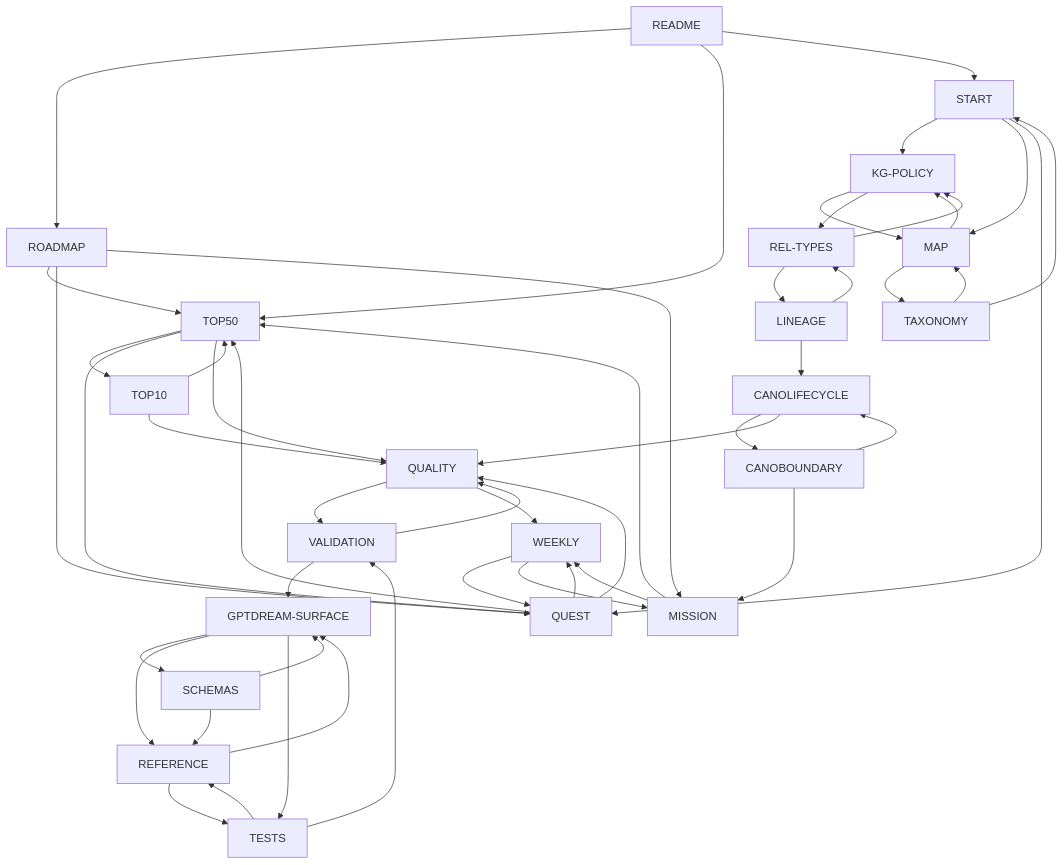
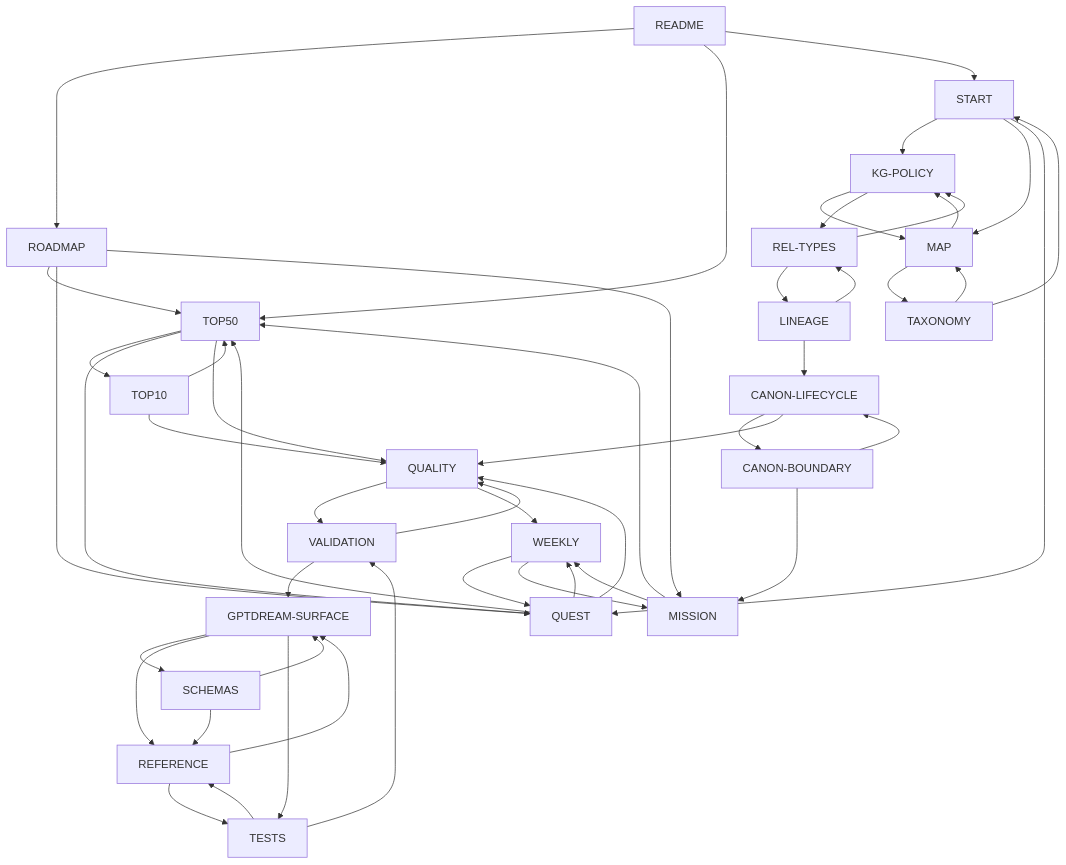
One commit to atlaslattice/manus-artifacts changed the diagram in docs/generated/KG_MERMAID_GRAPH.md. Above: the diagram before and after it, drawn with Mermaid. The commit also changed 5 other files, not shown here.

Commit message:
fix: refine provenance markers and mermaid node rendering

````diff
--- a/docs/generated/KG_MERMAID_GRAPH.md
+++ b/docs/generated/KG_MERMAID_GRAPH.md
@@ -1,72 +1,72 @@
 ```mermaid
 graph TD
-    N-README[README]
-    N-ROADMAP[ROADMAP]
-    N-START[START]
-    N-TOP50[TOP50]
-    N-TOP10[TOP10]
-    N-QUEST[QUEST]
-    N-KG-POLICY[KG-POLICY]
-    N-REL-TYPES[REL-TYPES]
-    N-MAP[MAP]
-    N-TAXONOMY[TAXONOMY]
-    N-LINEAGE[LINEAGE]
-    N-CANON-LIFECYCLE[CANOLIFECYCLE]
-    N-CANON-BOUNDARY[CANOBOUNDARY]
-    N-QUALITY[QUALITY]
-    N-VALIDATION[VALIDATION]
-    N-WEEKLY[WEEKLY]
-    N-GPTDREAM-SURFACE[GPTDREAM-SURFACE]
-    N-SCHEMAS[SCHEMAS]
-    N-REFERENCE[REFERENCE]
-    N-TESTS[TESTS]
-    N-MISSION[MISSION]
-    N-README --> N-ROADMAP
-    N-README --> N-TOP50
-    N-README --> N-START
-    N-ROADMAP --> N-TOP50
-    N-ROADMAP --> N-QUEST
-    N-ROADMAP --> N-MISSION
-    N-START --> N-KG-POLICY
-    N-START --> N-MAP
-    N-START --> N-QUEST
-    N-TOP50 --> N-TOP10
-    N-TOP50 --> N-QUEST
-    N-TOP50 --> N-QUALITY
-    N-TOP10 --> N-TOP50
-    N-TOP10 --> N-QUALITY
-    N-QUEST --> N-TOP50
-    N-QUEST --> N-WEEKLY
-    N-QUEST --> N-QUALITY
-    N-KG-POLICY --> N-MAP
-    N-KG-POLICY --> N-REL-TYPES
-    N-REL-TYPES --> N-LINEAGE
-    N-REL-TYPES --> N-KG-POLICY
-    N-MAP --> N-TAXONOMY
-    N-MAP --> N-KG-POLICY
-    N-TAXONOMY --> N-MAP
-    N-TAXONOMY --> N-START
-    N-LINEAGE --> N-REL-TYPES
-    N-LINEAGE --> N-CANON-LIFECYCLE
-    N-CANON-LIFECYCLE --> N-CANON-BOUNDARY
-    N-CANON-LIFECYCLE --> N-QUALITY
-    N-CANON-BOUNDARY --> N-CANON-LIFECYCLE
-    N-CANON-BOUNDARY --> N-MISSION
-    N-QUALITY --> N-VALIDATION
-    N-QUALITY --> N-WEEKLY
-    N-VALIDATION --> N-QUALITY
-    N-VALIDATION --> N-GPTDREAM-SURFACE
-    N-WEEKLY --> N-QUEST
-    N-WEEKLY --> N-MISSION
-    N-GPTDREAM-SURFACE --> N-SCHEMAS
-    N-GPTDREAM-SURFACE --> N-REFERENCE
-    N-GPTDREAM-SURFACE --> N-TESTS
-    N-SCHEMAS --> N-GPTDREAM-SURFACE
-    N-SCHEMAS --> N-REFERENCE
-    N-REFERENCE --> N-GPTDREAM-SURFACE
-    N-REFERENCE --> N-TESTS
-    N-TESTS --> N-REFERENCE
-    N-TESTS --> N-VALIDATION
-    N-MISSION --> N-WEEKLY
-    N-MISSION --> N-TOP50
+    N_README[README]
+    N_ROADMAP[ROADMAP]
+    N_START[START]
+    N_TOP50[TOP50]
+    N_TOP10[TOP10]
+    N_QUEST[QUEST]
+    N_KG_POLICY[KG-POLICY]
+    N_REL_TYPES[REL-TYPES]
+    N_MAP[MAP]
+    N_TAXONOMY[TAXONOMY]
+    N_LINEAGE[LINEAGE]
+    N_CANON_LIFECYCLE[CANON-LIFECYCLE]
+    N_CANON_BOUNDARY[CANON-BOUNDARY]
+    N_QUALITY[QUALITY]
+    N_VALIDATION[VALIDATION]
+    N_WEEKLY[WEEKLY]
+    N_GPTDREAM_SURFACE[GPTDREAM-SURFACE]
+    N_SCHEMAS[SCHEMAS]
+    N_REFERENCE[REFERENCE]
+    N_TESTS[TESTS]
+    N_MISSION[MISSION]
+    N_README --> N_ROADMAP
+    N_README --> N_TOP50
+    N_README --> N_START
+    N_ROADMAP --> N_TOP50
+    N_ROADMAP --> N_QUEST
+    N_ROADMAP --> N_MISSION
+    N_START --> N_KG_POLICY
+    N_START --> N_MAP
+    N_START --> N_QUEST
+    N_TOP50 --> N_TOP10
+    N_TOP50 --> N_QUEST
+    N_TOP50 --> N_QUALITY
+    N_TOP10 --> N_TOP50
+    N_TOP10 --> N_QUALITY
+    N_QUEST --> N_TOP50
+    N_QUEST --> N_WEEKLY
+    N_QUEST --> N_QUALITY
+    N_KG_POLICY --> N_MAP
+    N_KG_POLICY --> N_REL_TYPES
+    N_REL_TYPES --> N_LINEAGE
+    N_REL_TYPES --> N_KG_POLICY
+    N_MAP --> N_TAXONOMY
+    N_MAP --> N_KG_POLICY
+    N_TAXONOMY --> N_MAP
+    N_TAXONOMY --> N_START
+    N_LINEAGE --> N_REL_TYPES
+    N_LINEAGE --> N_CANON_LIFECYCLE
+    N_CANON_LIFECYCLE --> N_CANON_BOUNDARY
+    N_CANON_LIFECYCLE --> N_QUALITY
+    N_CANON_BOUNDARY --> N_CANON_LIFECYCLE
+    N_CANON_BOUNDARY --> N_MISSION
+    N_QUALITY --> N_VALIDATION
+    N_QUALITY --> N_WEEKLY
+    N_VALIDATION --> N_QUALITY
+    N_VALIDATION --> N_GPTDREAM_SURFACE
+    N_WEEKLY --> N_QUEST
+    N_WEEKLY --> N_MISSION
+    N_GPTDREAM_SURFACE --> N_SCHEMAS
+    N_GPTDREAM_SURFACE --> N_REFERENCE
+    N_GPTDREAM_SURFACE --> N_TESTS
+    N_SCHEMAS --> N_GPTDREAM_SURFACE
+    N_SCHEMAS --> N_REFERENCE
+    N_REFERENCE --> N_GPTDREAM_SURFACE
+    N_REFERENCE --> N_TESTS
+    N_TESTS --> N_REFERENCE
+    N_TESTS --> N_VALIDATION
+    N_MISSION --> N_WEEKLY
+    N_MISSION --> N_TOP50
 ```
````
